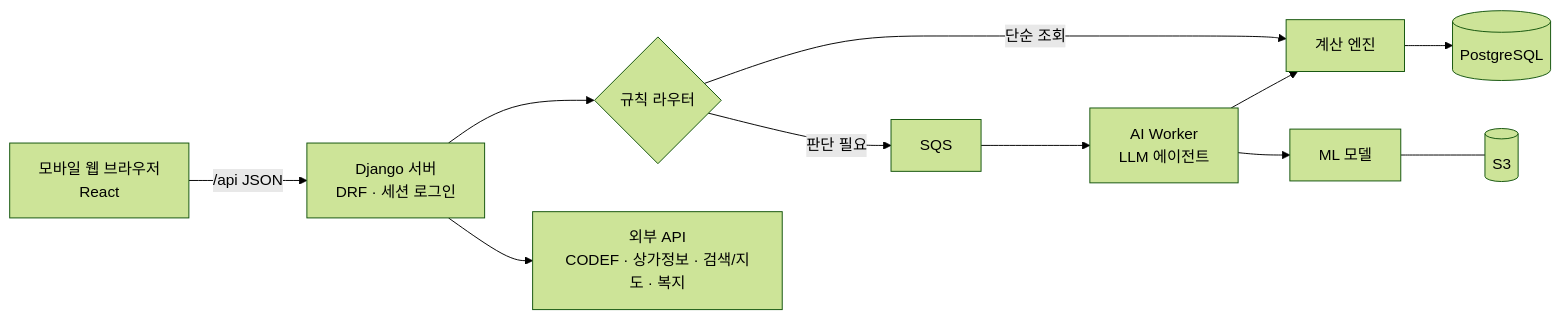
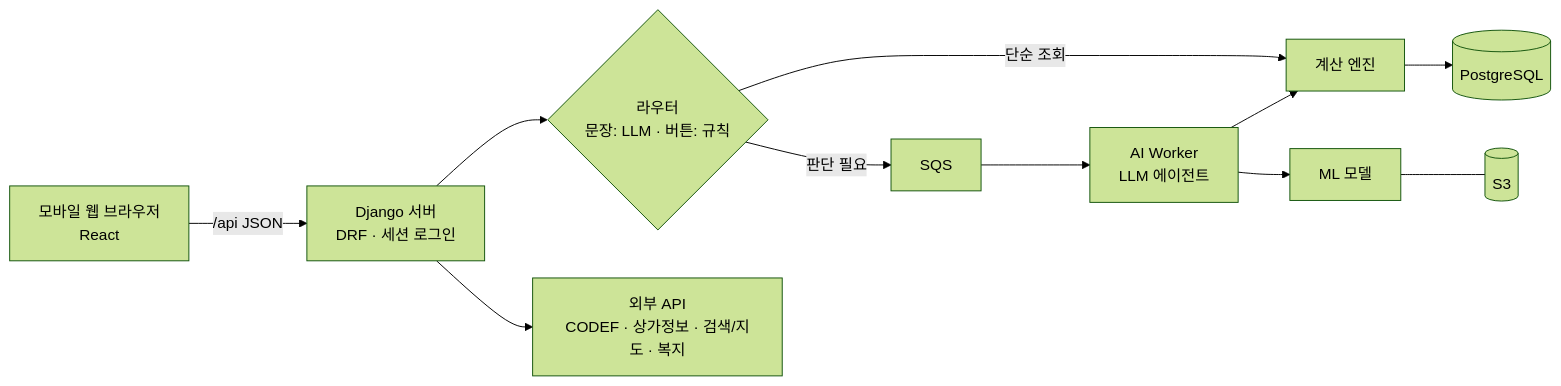
One commit to 20260528-skn-family-ai-33/SKN33-Final-4Team changed the diagram in README.md. Above: the diagram before and after it, drawn with Mermaid (forest theme). The commit also changed other lines of this file and 3 other files, not shown here.

Commit message:
2026.10.20/김나은/LLM 라우터 방향 반영 (요구사항정의서·기획서·WBS·README)

````diff
--- a/README.md
+++ b/README.md
@@ -48,12 +48,12 @@
 ```mermaid
 flowchart LR
     U[모바일 웹 브라우저<br/>React] -- /api JSON --> API[Django 서버<br/>DRF · 세션 로그인]
-    API --> R{규칙 라우터}
+    API --> R{"라우터<br/>문장: LLM · 버튼: 규칙"}
     R -- 단순 조회 --> E[계산 엔진]
     R -- 판단 필요 --> Q[SQS] --> W[AI Worker<br/>LLM 에이전트]
     W --> E
     W --> ML[ML 모델]
     E --> DB[(PostgreSQL)]
     ML --- S3[(S3)]
     API --> EXT[외부 API<br/>CODEF · 상가정보 · 검색/지도 · 복지]
 ```
````
